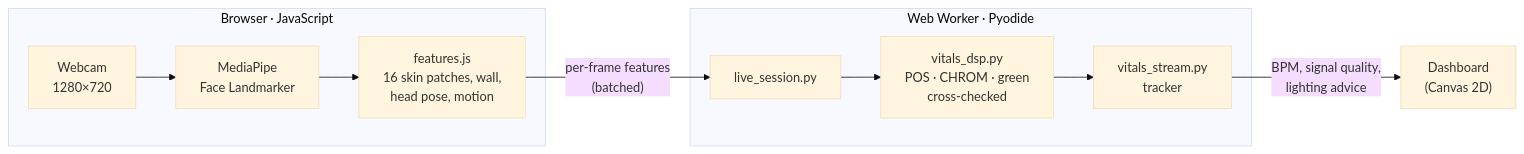
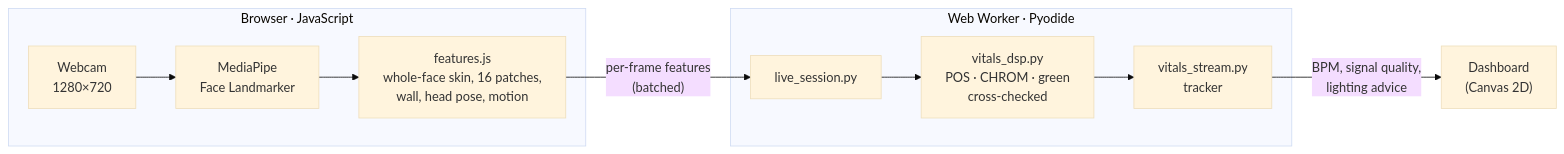
The diagram in README.md (aboodgitawaida/Vitals), drawn with Mermaid (base theme) before and after one commit. The commit also changed other lines of this file and 12 other files, not shown here.

````diff
--- a/README.md
+++ b/README.md
@@ -74,13 +78,13 @@
 ```mermaid
 flowchart LR
     subgraph Browser["Browser · JavaScript"]
         Cam["Webcam<br/>1280×720"] --> FL["MediaPipe<br/>Face Landmarker"]
-        FL --> FX["features.js<br/>16 skin patches, wall,<br/>head pose, motion"]
+        FL --> FX["features.js<br/>whole-face skin, 16 patches,<br/>wall, head pose, motion"]
     end
     subgraph Worker["Web Worker · Pyodide"]
         LS["live_session.py"] --> DSP["vitals_dsp.py<br/>POS · CHROM · green<br/>cross-checked"]
         DSP --> TR["vitals_stream.py<br/>tracker"]
     end
     FX -- "per-frame features<br/>(batched)" --> LS
     TR -- "BPM, signal quality,<br/>lighting advice" --> UI["Dashboard<br/>(Canvas 2D)"]
 ```
````
